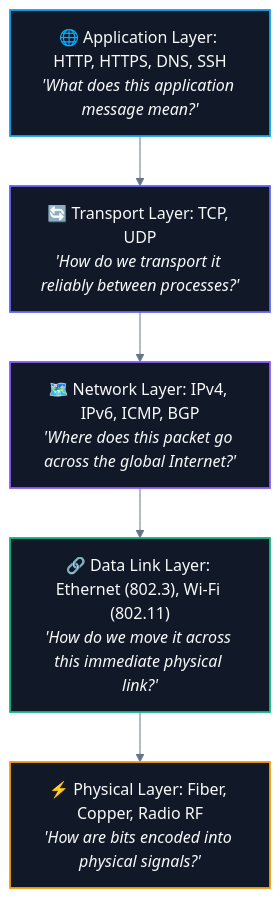
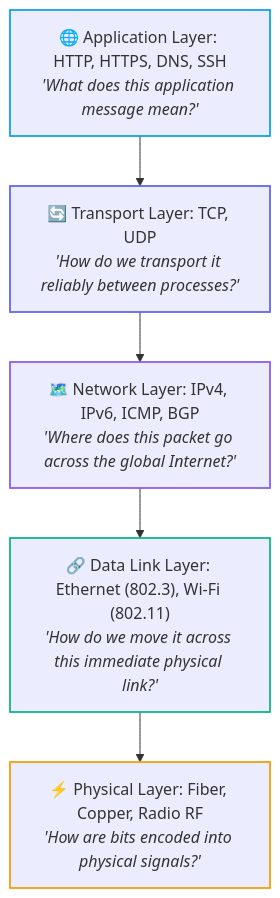
Before and after one commit to abhinavbharti2345/CS_Notes: the second of 2 diagrams in CS/Computer Networking/02. Data Flow & Encapsulation/01. Network Protocols and Standards.md, drawn with Mermaid. The commit also changed other lines of this file and 91 other files, not shown here.

````diff
--- a/CS/Computer Networking/02. Data Flow & Encapsulation/01. Network Protocols and Standards.md
+++ b/CS/Computer Networking/02. Data Flow & Encapsulation/01. Network Protocols and Standards.md
@@ -74,23 +73,22 @@
 ```mermaid
-%%{init: {'theme': 'base', 'themeVariables': { 'darkMode': true, 'background': '#0B0F14', 'mainBkg': '#111827', 'primaryColor': '#111827', 'primaryTextColor': '#F8FAFC', 'primaryBorderColor': '#38BDF8', 'lineColor': '#64748B', 'secondaryColor': '#0B0F14', 'tertiaryColor': '#0B0F14', 'clusterBkg': '#0B0F14', 'clusterBorder': '#38BDF8' }}}%%
 flowchart TD
     L5["🌐 Application Layer: HTTP, HTTPS, DNS, SSH<br/><i>'What does this application message mean?'</i>"]
     L4["🔄 Transport Layer: TCP, UDP<br/><i>'How do we transport it reliably between processes?'</i>"]
     L3["🗺️ Network Layer: IPv4, IPv6, ICMP, BGP<br/><i>'Where does this packet go across the global Internet?'</i>"]
     L2["🔗 Data Link Layer: Ethernet (802.3), Wi-Fi (802.11)<br/><i>'How do we move it across this immediate physical link?'</i>"]
     L1["⚡ Physical Layer: Fiber, Copper, Radio RF<br/><i>'How are bits encoded into physical signals?'</i>"]
 
     L5 --> L4 --> L3 --> L2 --> L1
 
-    classDef l5 fill:#111827,stroke:#0ea5e9,stroke-width:1.8px,color:#F8FAFC;
-    classDef l4 fill:#111827,stroke:#6366f1,stroke-width:1.8px,color:#F8FAFC;
-    classDef l3 fill:#111827,stroke:#8b5cf6,stroke-width:1.8px,color:#F8FAFC;
-    classDef l2 fill:#111827,stroke:#10b981,stroke-width:1.8px,color:#F8FAFC;
-    classDef l1 fill:#111827,stroke:#f59e0b,stroke-width:1.8px,color:#F8FAFC;
+    classDef l5 stroke:#0ea5e9,stroke-width:1.8px;
+    classDef l4 stroke:#6366f1,stroke-width:1.8px;
+    classDef l3 stroke:#8b5cf6,stroke-width:1.8px;
+    classDef l2 stroke:#10b981,stroke-width:1.8px;
+    classDef l1 stroke:#f59e0b,stroke-width:1.8px;
 
     class L5 l5;
     class L4 l4;
     class L3 l3;
     class L2 l2;
     class L1 l1;
 ```
````
